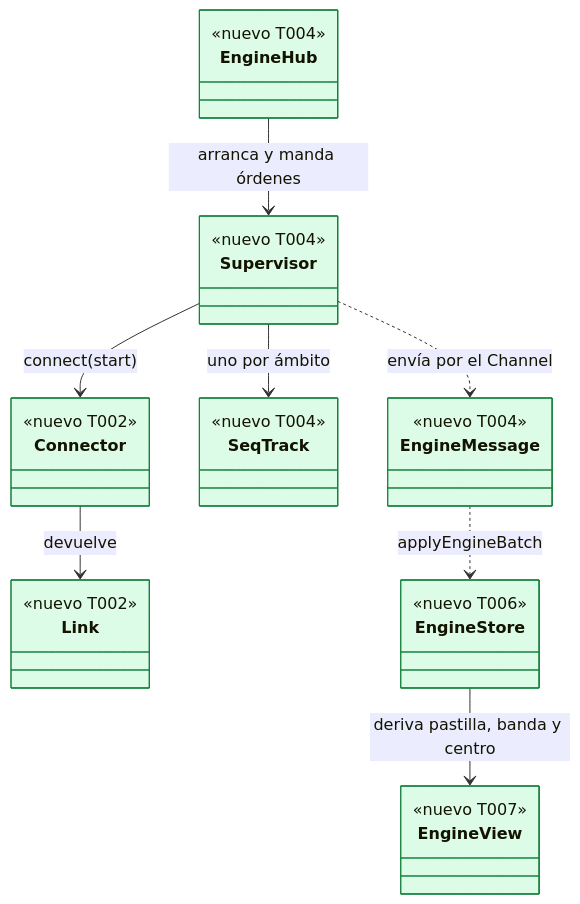
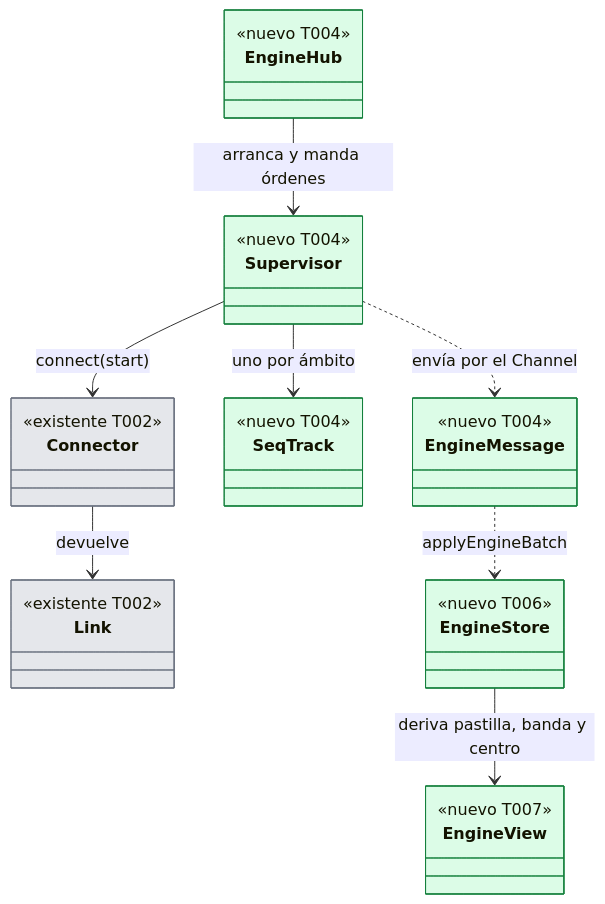
The first of 2 diagrams in docs/requirements/features/desktop/dev-specs/US-DSK-003-estado-del-motor.md (rbonillajr/gitRaptor), drawn with Mermaid before and after one commit. The commit also changed other lines of this file and 7 other files, not shown here.

First line of the commit message:
docs(desktop): add DS-TS-DSK-002 and apply the architecture review to the app specs

````diff
--- a/docs/requirements/features/desktop/dev-specs/US-DSK-003-estado-del-motor.md
+++ b/docs/requirements/features/desktop/dev-specs/US-DSK-003-estado-del-motor.md
@@ -133,19 +136,20 @@
 ```mermaid
 classDiagram
     class EngineHub:::nuevo { <<nuevo T004>> }
     class Supervisor:::nuevo { <<nuevo T004>> }
-    class Connector:::nuevo { <<nuevo T002>> }
-    class Link:::nuevo { <<nuevo T002>> }
+    class Connector:::existente { <<existente T002>> }
+    class Link:::existente { <<existente T002>> }
     class SeqTrack:::nuevo { <<nuevo T004>> }
     class EngineMessage:::nuevo { <<nuevo T004>> }
     class EngineStore:::nuevo { <<nuevo T006>> }
     class EngineView:::nuevo { <<nuevo T007>> }
     EngineHub --> Supervisor : arranca y manda órdenes
     Supervisor --> Connector : connect(start)
     Connector --> Link : devuelve
     Supervisor --> SeqTrack : uno por ámbito
     Supervisor ..> EngineMessage : envía por el Channel
     EngineMessage ..> EngineStore : applyEngineBatch
     EngineStore --> EngineView : deriva pastilla, banda y centro
     classDef nuevo fill:#dcfce7,stroke:#15803d
+    classDef existente fill:#e5e7eb,stroke:#6b7280
 ```
````
